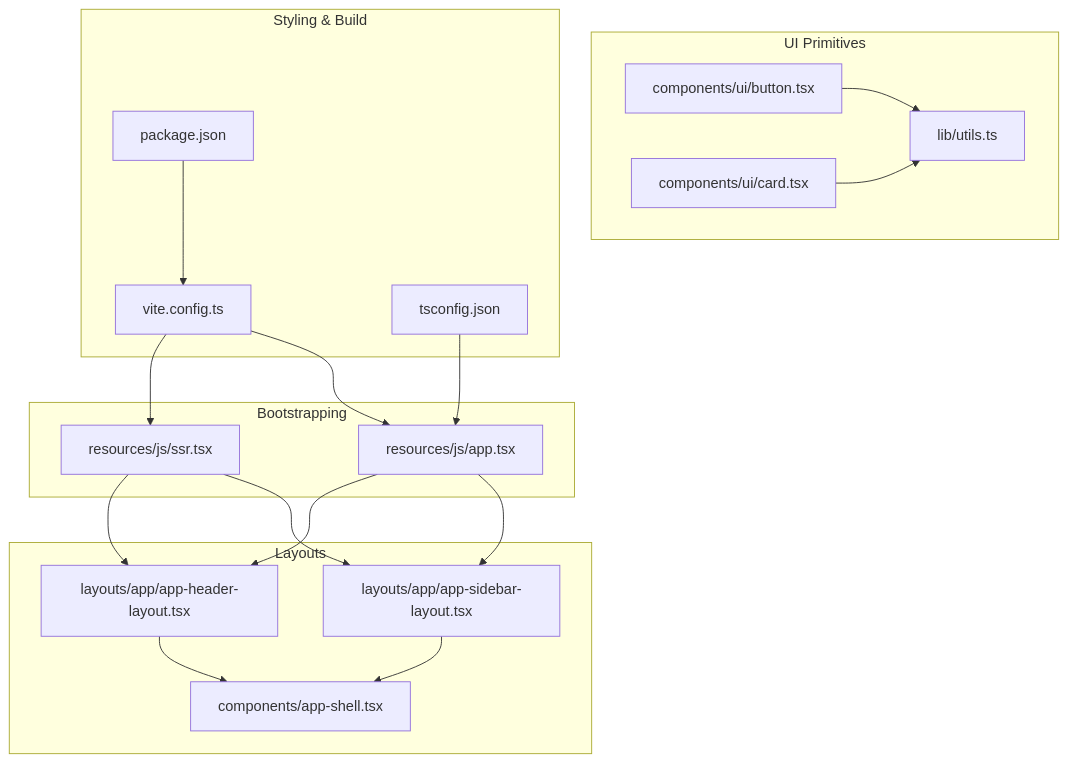
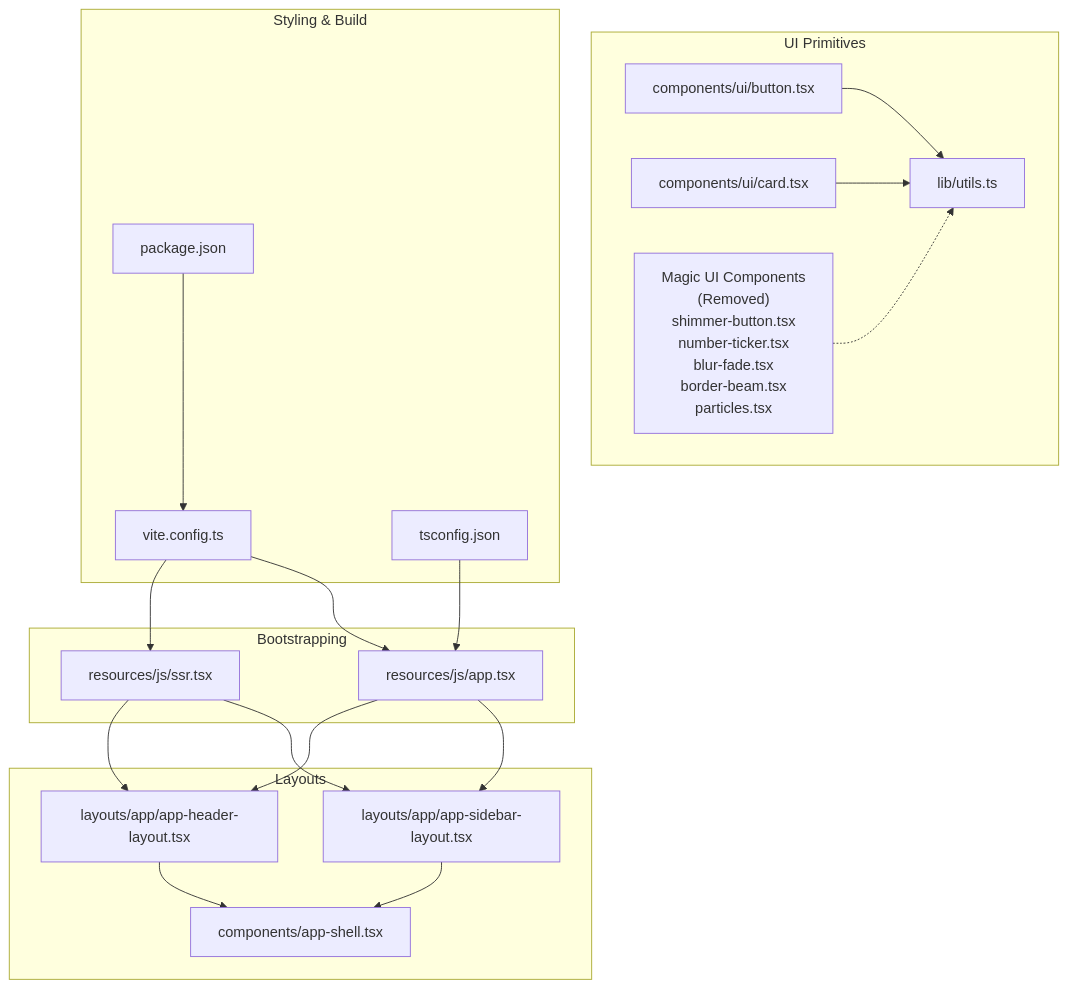
The first of 8 diagrams in .qoder/repowiki/en/content/Frontend Architecture/Frontend Architecture.md (PA-Penajam/kepegawaian_apps), drawn with Mermaid before and after one commit. The commit also changed other lines of this file and 22 other files, not shown here.

````diff
--- a/.qoder/repowiki/en/content/Frontend Architecture/Frontend Architecture.md
+++ b/.qoder/repowiki/en/content/Frontend Architecture/Frontend Architecture.md
@@ -41,34 +49,36 @@
 ```mermaid
 graph TB
 subgraph "Bootstrapping"
 A["resources/js/app.tsx"]
 B["resources/js/ssr.tsx"]
 end
 subgraph "Layouts"
 L1["layouts/app/app-sidebar-layout.tsx"]
 L2["layouts/app/app-header-layout.tsx"]
 S["components/app-shell.tsx"]
 end
 subgraph "UI Primitives"
 U1["components/ui/button.tsx"]
 U2["components/ui/card.tsx"]
 U3["lib/utils.ts"]
+U4["Magic UI Components<br/>(Removed)<br/>shimmer-button.tsx<br/>number-ticker.tsx<br/>blur-fade.tsx<br/>border-beam.tsx<br/>particles.tsx"]
 end
 subgraph "Styling & Build"
 V["vite.config.ts"]
 P["package.json"]
 T["tsconfig.json"]
 end
 A --> L1
 A --> L2
 B --> L1
 B --> L2
 L1 --> S
 L2 --> S
 U1 --> U3
 U2 --> U3
+U4 -.-> U3
 V --> A
 V --> B
 P --> V
 T --> A
 ```
````
